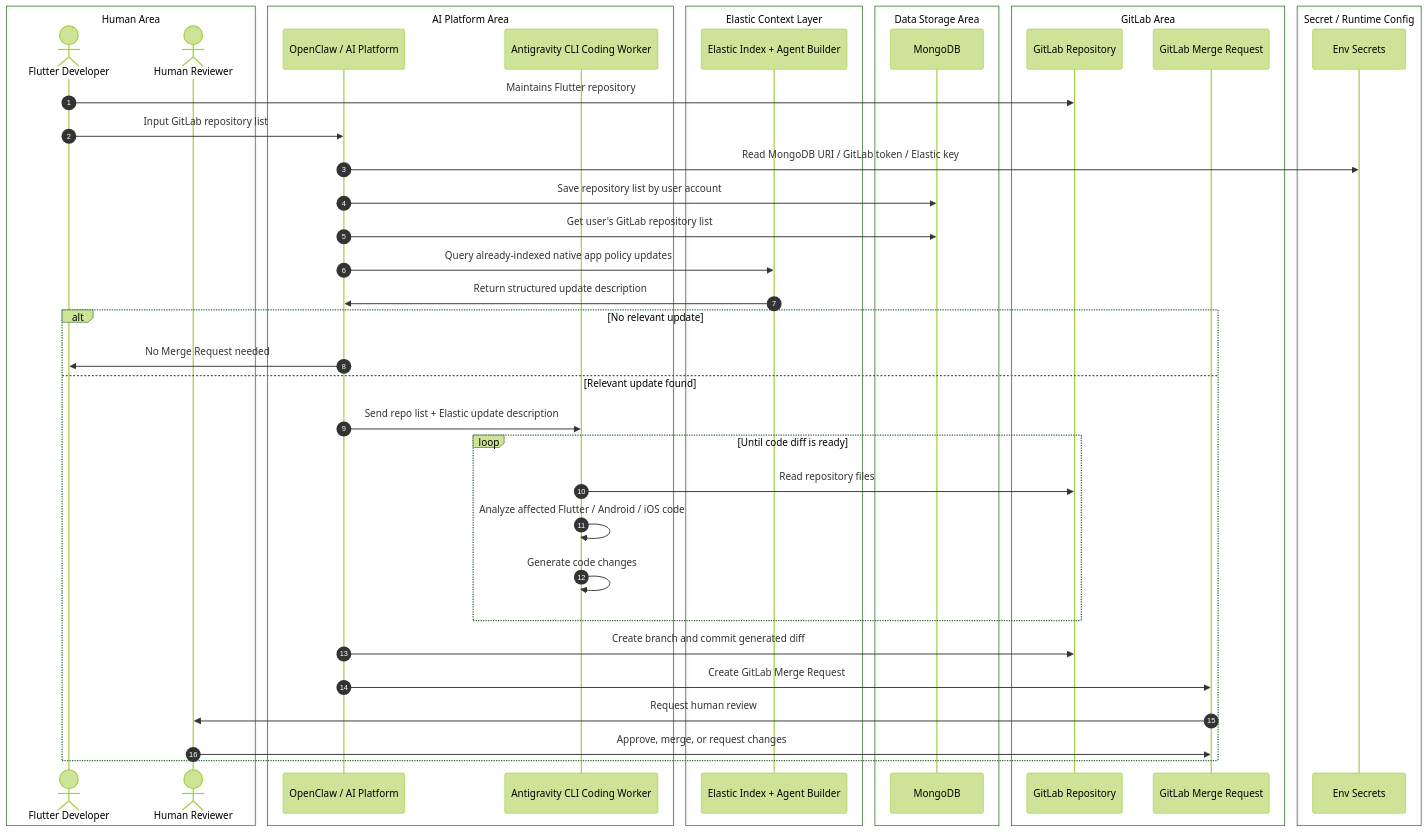
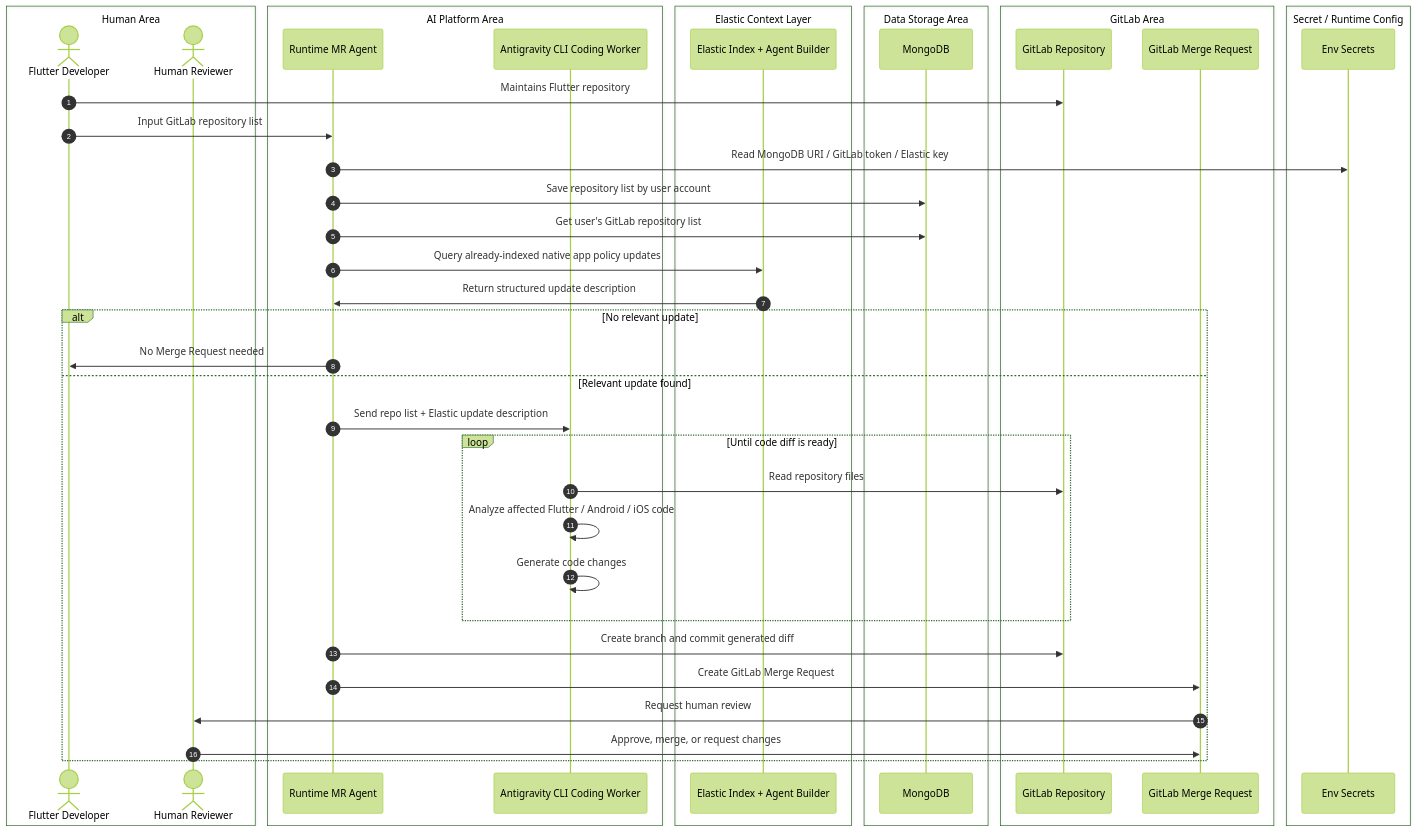
The first of 2 diagrams in PRD_AI_Native_Compliance_Automation_Refactored.md (nunutech40/patchpilot-agent), drawn with Mermaid (forest theme) before and after one commit. The commit also changed other lines of this file and 12 other files, not shown here.

Commit message:
docs: define two-agent openclaw architecture

````diff
--- a/PRD_AI_Native_Compliance_Automation_Refactored.md
+++ b/PRD_AI_Native_Compliance_Automation_Refactored.md
@@ -50,49 +50,49 @@
 ```mermaid
 sequenceDiagram
     autonumber
     box Human Area
         actor Dev as Flutter Developer
         actor Reviewer as Human Reviewer
     end
     box AI Platform Area
-        participant OpenClaw as OpenClaw / AI Platform
+        participant OpenClaw as Runtime MR Agent
         participant Agent as Antigravity CLI Coding Worker
     end
     box Elastic Context Layer
         participant Elastic as Elastic Index + Agent Builder
     end
     box Data Storage Area
         participant Mongo as MongoDB
     end
     box GitLab Area
         participant Repo as GitLab Repository
         participant MR as GitLab Merge Request
     end
     box Secret / Runtime Config
         participant Secrets as Env Secrets
     end
 
     Dev->>Repo: Maintains Flutter repository
     Dev->>OpenClaw: Input GitLab repository list
     OpenClaw->>Secrets: Read MongoDB URI / GitLab token / Elastic key
     OpenClaw->>Mongo: Save repository list by user account
     OpenClaw->>Mongo: Get user's GitLab repository list
 
     OpenClaw->>Elastic: Query already-indexed native app policy updates
     Elastic->>OpenClaw: Return structured update description
 
     alt No relevant update
         OpenClaw->>Dev: No Merge Request needed
     else Relevant update found
         OpenClaw->>Agent: Send repo list + Elastic update description
         loop Until code diff is ready
             Agent->>Repo: Read repository files
             Agent->>Agent: Analyze affected Flutter / Android / iOS code
             Agent->>Agent: Generate code changes
         end
         OpenClaw->>Repo: Create branch and commit generated diff
         OpenClaw->>MR: Create GitLab Merge Request
         MR->>Reviewer: Request human review
         Reviewer->>MR: Approve, merge, or request changes
     end
 ```
````
